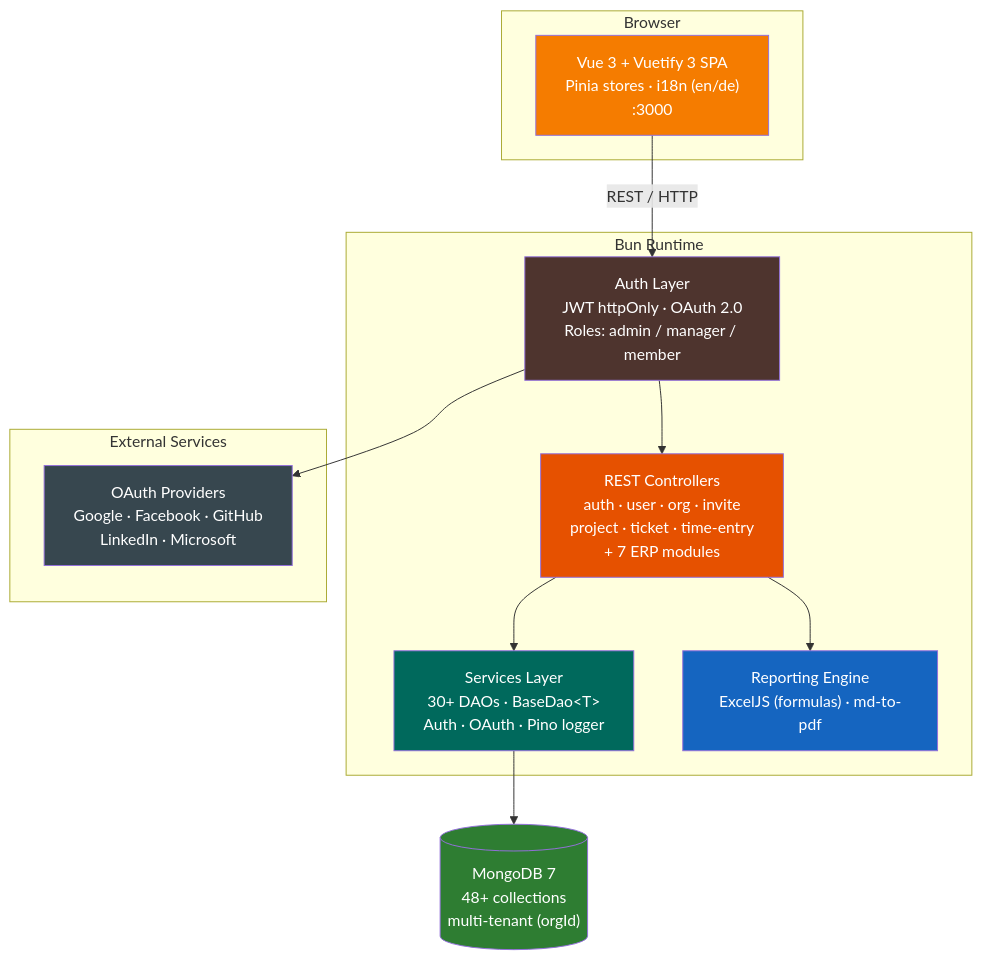
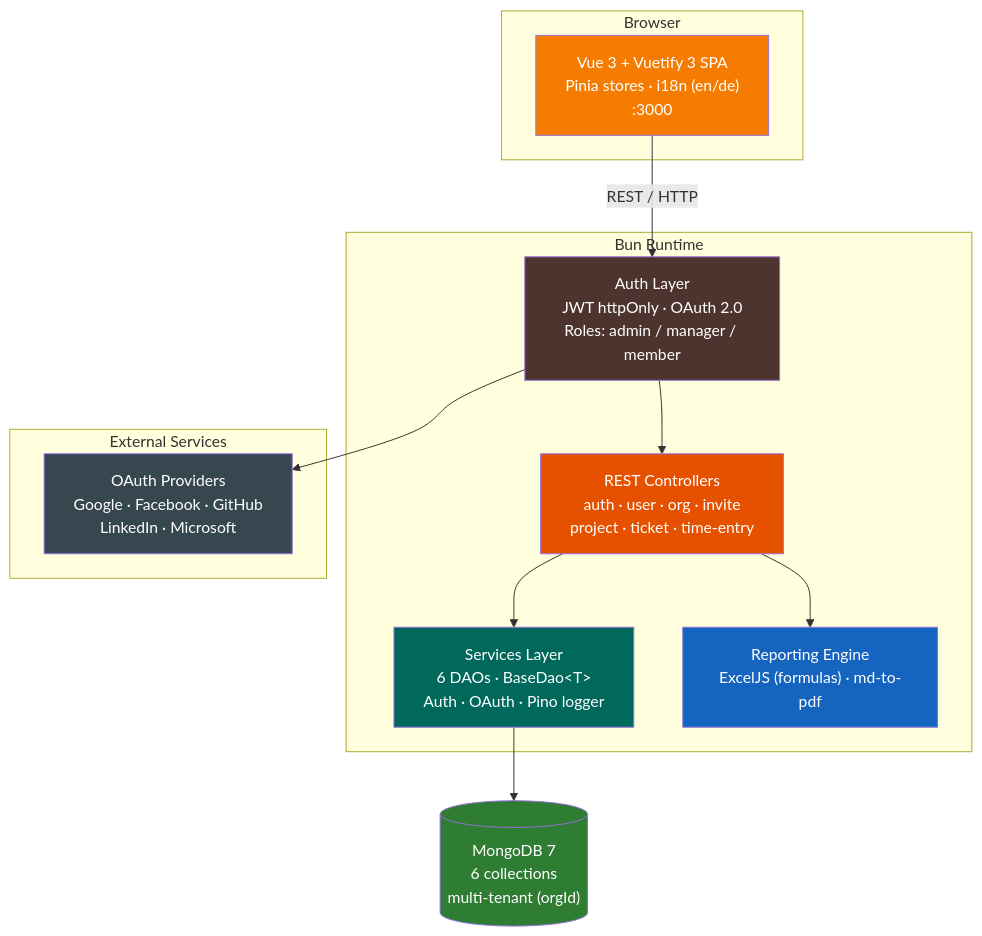
Before and after one commit to gjovanov/tickytack: the diagram in README.md, drawn with Mermaid. The commit also changed other lines of this file and 90 other files, not shown here.

````diff
--- a/README.md
+++ b/README.md
@@ -54,34 +41,34 @@
 ```mermaid
 graph TB
     subgraph Client["Browser"]
         UI["Vue 3 + Vuetify 3 SPA<br/>Pinia stores · i18n (en/de)<br/>:3000"]
     end
 
     subgraph Server["Bun Runtime"]
         AUTH["Auth Layer<br/>JWT httpOnly · OAuth 2.0<br/>Roles: admin / manager / member"]
-        CTRL["REST Controllers<br/>auth · user · org · invite<br/>project · ticket · time-entry<br/>+ 7 ERP modules"]
-        SVC["Services Layer<br/>30+ DAOs · BaseDao&lt;T&gt;<br/>Auth · OAuth · Pino logger"]
+        CTRL["REST Controllers<br/>auth · user · org · invite<br/>project · ticket · time-entry"]
+        SVC["Services Layer<br/>6 DAOs · BaseDao&lt;T&gt;<br/>Auth · OAuth · Pino logger"]
         RPT["Reporting Engine<br/>ExcelJS (formulas) · md-to-pdf"]
     end
 
     subgraph External["External Services"]
         OAUTH["OAuth Providers<br/>Google · Facebook · GitHub<br/>LinkedIn · Microsoft"]
     end
 
-    DB[("MongoDB 7<br/>48+ collections<br/>multi-tenant (orgId)")]
+    DB[("MongoDB 7<br/>6 collections<br/>multi-tenant (orgId)")]
 
     UI -->|"REST / HTTP"| AUTH
     AUTH --> CTRL
     CTRL --> SVC
     CTRL --> RPT
     SVC --> DB
     AUTH --> OAUTH
 
     style UI fill:#F57C00,color:#fff
     style AUTH fill:#4E342E,color:#fff
     style CTRL fill:#E65100,color:#fff
     style SVC fill:#00695C,color:#fff
     style RPT fill:#1565C0,color:#fff
     style DB fill:#2E7D32,color:#fff
     style OAUTH fill:#37474F,color:#fff
 ```
````
